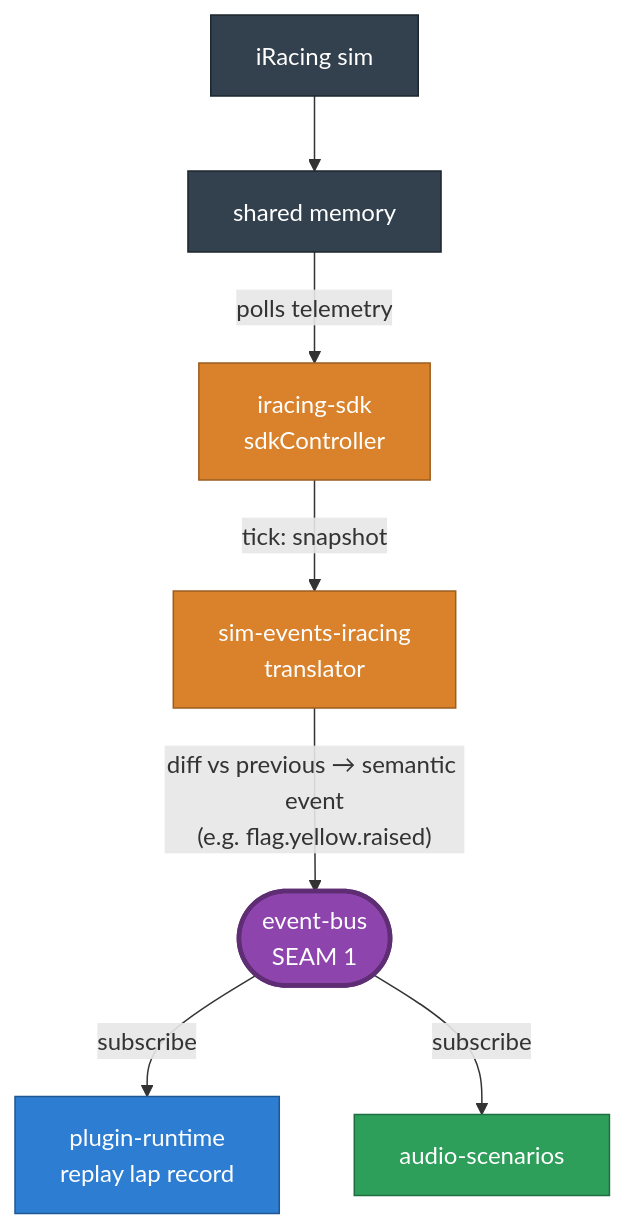
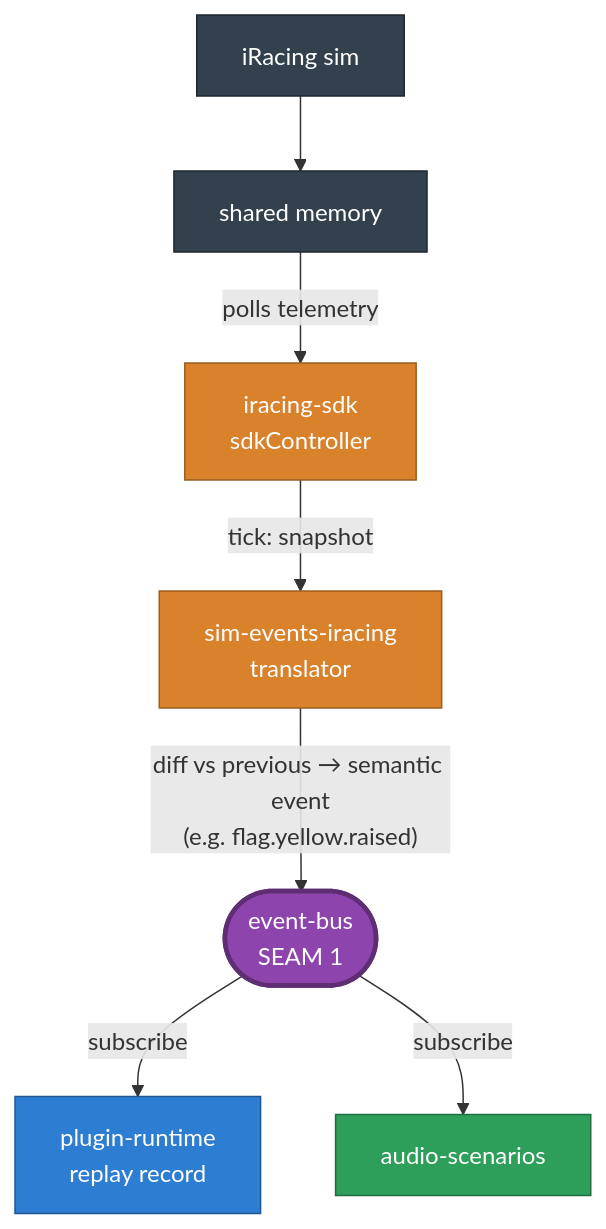
One commit to niklam/iracedeck changed the second of 8 diagrams in packages/website/src/content/docs/docs/development/architecture.md. Above: the diagram before and after it, drawn with Mermaid. The commit also changed other lines of this file and 4 other files, not shown here.

First line of the commit message:
docs: describe the green record in the guides and the Architecture page (#1354)

````diff
--- a/packages/website/src/content/docs/docs/development/architecture.md
+++ b/packages/website/src/content/docs/docs/development/architecture.md
@@ -73,23 +73,23 @@
 ```mermaid
 flowchart TB
   ir["iRacing sim"]:::ext
   mem["shared memory"]:::ext
   sdk["iracing-sdk<br/>sdkController"]:::sim
   trans["sim-events-iracing<br/>translator"]:::sim
   bus(["event-bus<br/>SEAM 1"]):::seam
-  p["plugin-runtime<br/>replay lap record"]:::core
+  p["plugin-runtime<br/>replay record"]:::core
   re["audio-scenarios"]:::audio
 
   ir --> mem
   mem -->|"polls telemetry"| sdk
   sdk -->|"tick: snapshot"| trans
   trans -->|"diff vs previous → semantic event<br/>(e.g. flag.yellow.raised)"| bus
   bus -->|"subscribe"| p
   bus -->|"subscribe"| re
 
   classDef ext fill:#33404d,color:#fff,stroke:#1d262e;
   classDef sim fill:#d9822b,color:#fff,stroke:#9c5e1f;
   classDef seam fill:#8e44ad,color:#fff,stroke:#5e2d73,stroke-width:3px;
   classDef core fill:#2d7dd2,color:#fff,stroke:#1f5793;
   classDef audio fill:#2e9e5b,color:#fff,stroke:#1f6e40;
 ```
````
